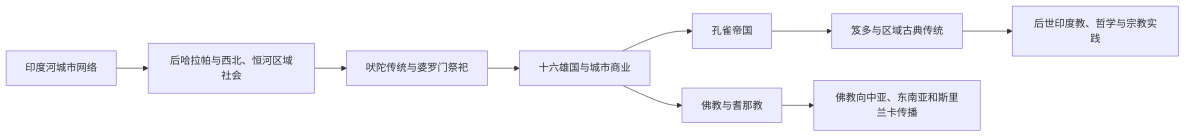
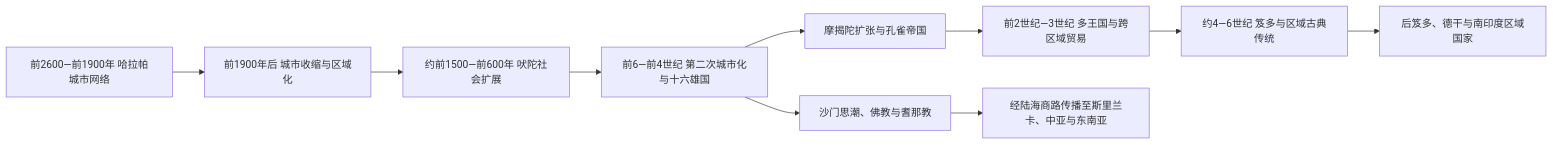
Before and after one commit to tianlan-dev/learning-notes: the diagram in 人文科学/历史/南亚/_通史/古代文明、宗教与思想传统.md, drawn with Mermaid. The commit also changed other lines of this file and 1417 other files, not shown here.

````diff
--- a/人文科学/历史/南亚/_通史/古代文明、宗教与思想传统.md
+++ b/人文科学/历史/南亚/_通史/古代文明、宗教与思想传统.md
@@ -15,11 +15,12 @@
 ```mermaid
 flowchart LR
-    A["印度河城市网络"] --> B["后哈拉帕与西北、恒河区域社会"]
-    B --> C["吠陀传统与婆罗门祭祀"]
-    C --> D["十六雄国与城市商业"]
-    D --> E["佛教与耆那教"]
-    D --> F["孔雀帝国"]
-    F --> G["笈多与区域古典传统"]
-    E --> H["佛教向中亚、东南亚和斯里兰卡传播"]
-    G --> I["后世印度教、哲学与宗教实践"]
+    A["前2600—前1900年 哈拉帕城市网络"] --> B["前1900年后 城市收缩与区域化"]
+    B --> C["约前1500—前600年 吠陀社会扩展"]
+    C --> D["前6—前4世纪 第二次城市化与十六雄国"]
+    D --> E["沙门思潮、佛教与耆那教"]
+    D --> F["摩揭陀扩张与孔雀帝国"]
+    F --> G["前2世纪—3世纪 多王国与跨区域贸易"]
+    G --> H["约4—6世纪 笈多与区域古典传统"]
+    H --> I["后笈多、德干与南印度区域国家"]
+    E --> J["经陆海商路传播至斯里兰卡、中亚与东南亚"]
 ```
````
